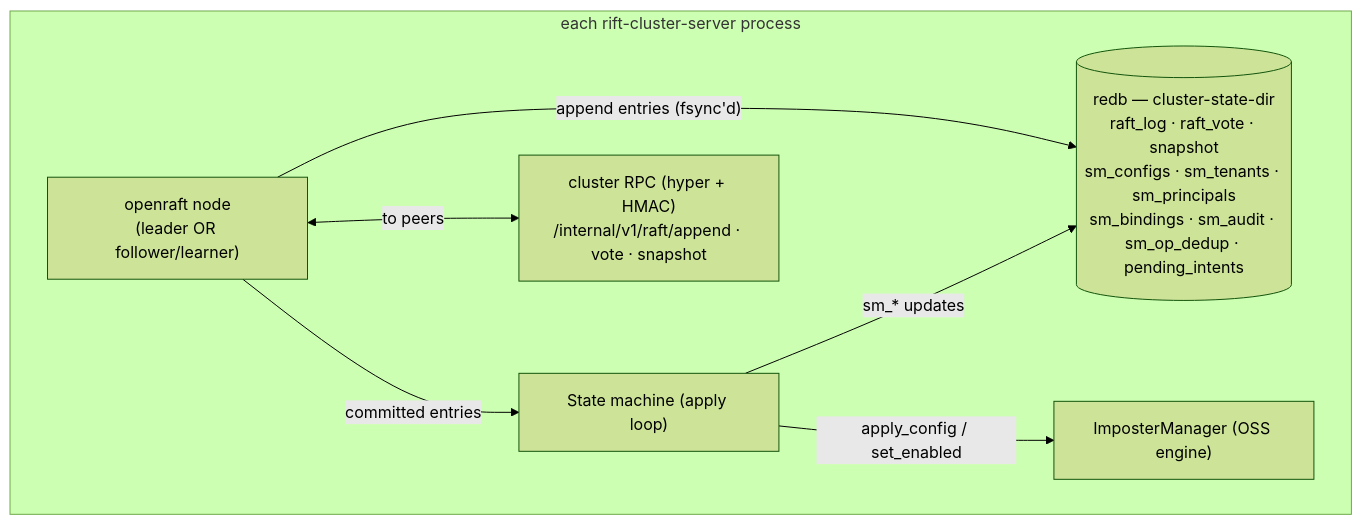
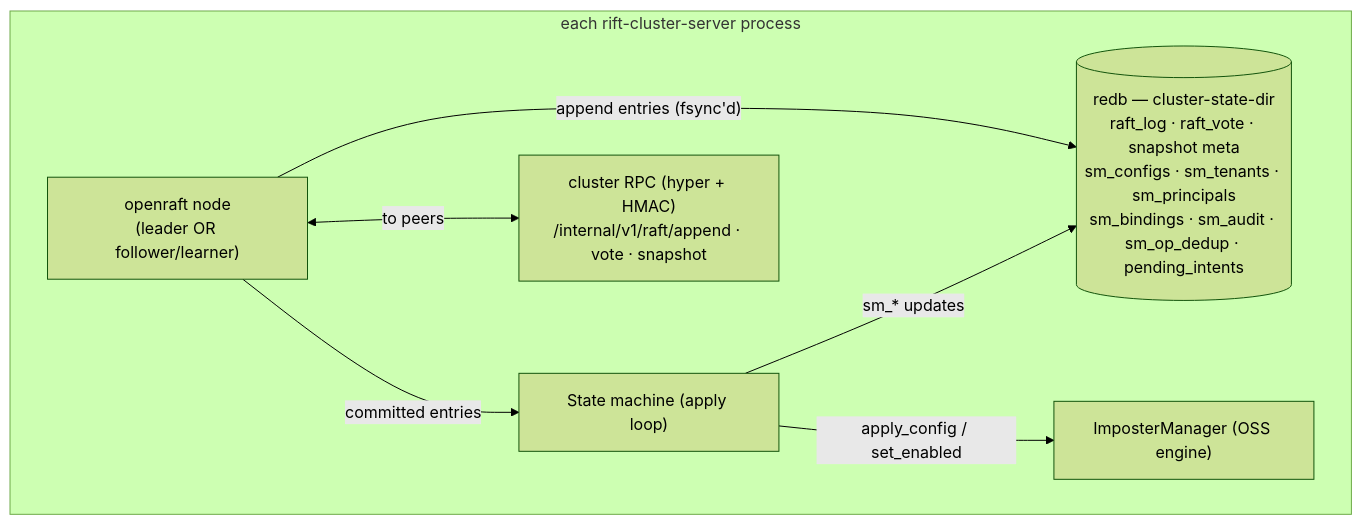
One commit to achird-labs/rift-cluster changed the first of 2 diagrams in docs/architecture/03-control-plane.md. Above: the diagram before and after it, drawn with Mermaid (forest theme). The commit also changed other lines of this file and 2 other files, not shown here.

First line of the commit message:
docs: the snapshot payload is no longer in redb (#436)

````diff
--- a/docs/architecture/03-control-plane.md
+++ b/docs/architecture/03-control-plane.md
@@ -36,16 +36,16 @@
 ```mermaid
 flowchart TB
     subgraph Node["each rift-cluster-server process"]
         RN["openraft node<br/>(leader OR follower/learner)"]
         SM["State machine (apply loop)"]
-        DB[("redb — cluster-state-dir<br/>raft_log · raft_vote · snapshot<br/>sm_configs · sm_tenants · sm_principals<br/>sm_bindings · sm_audit · sm_op_dedup · pending_intents")]
+        DB[("redb — cluster-state-dir<br/>raft_log · raft_vote · snapshot meta<br/>sm_configs · sm_tenants · sm_principals<br/>sm_bindings · sm_audit · sm_op_dedup · pending_intents")]
         IM["ImposterManager (OSS engine)"]
         RPC["cluster RPC (hyper + HMAC)<br/>/internal/v1/raft/append · vote · snapshot"]
     end
 
     RN -- "append entries (fsync'd)" --> DB
     RN -- "committed entries" --> SM
     SM -- "sm_* updates" --> DB
     SM -- "apply_config / set_enabled" --> IM
     RN <-- "to peers" --> RPC
 ```
````
